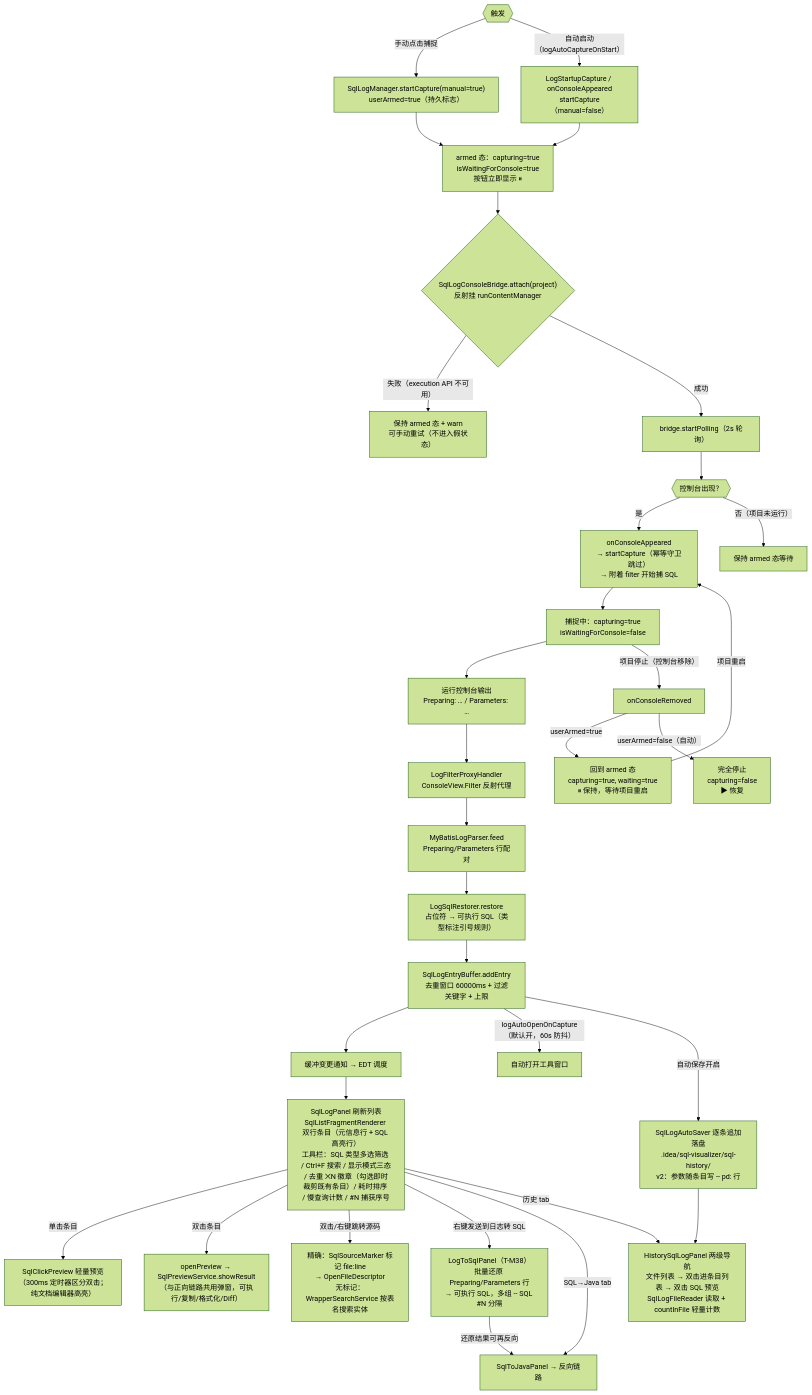
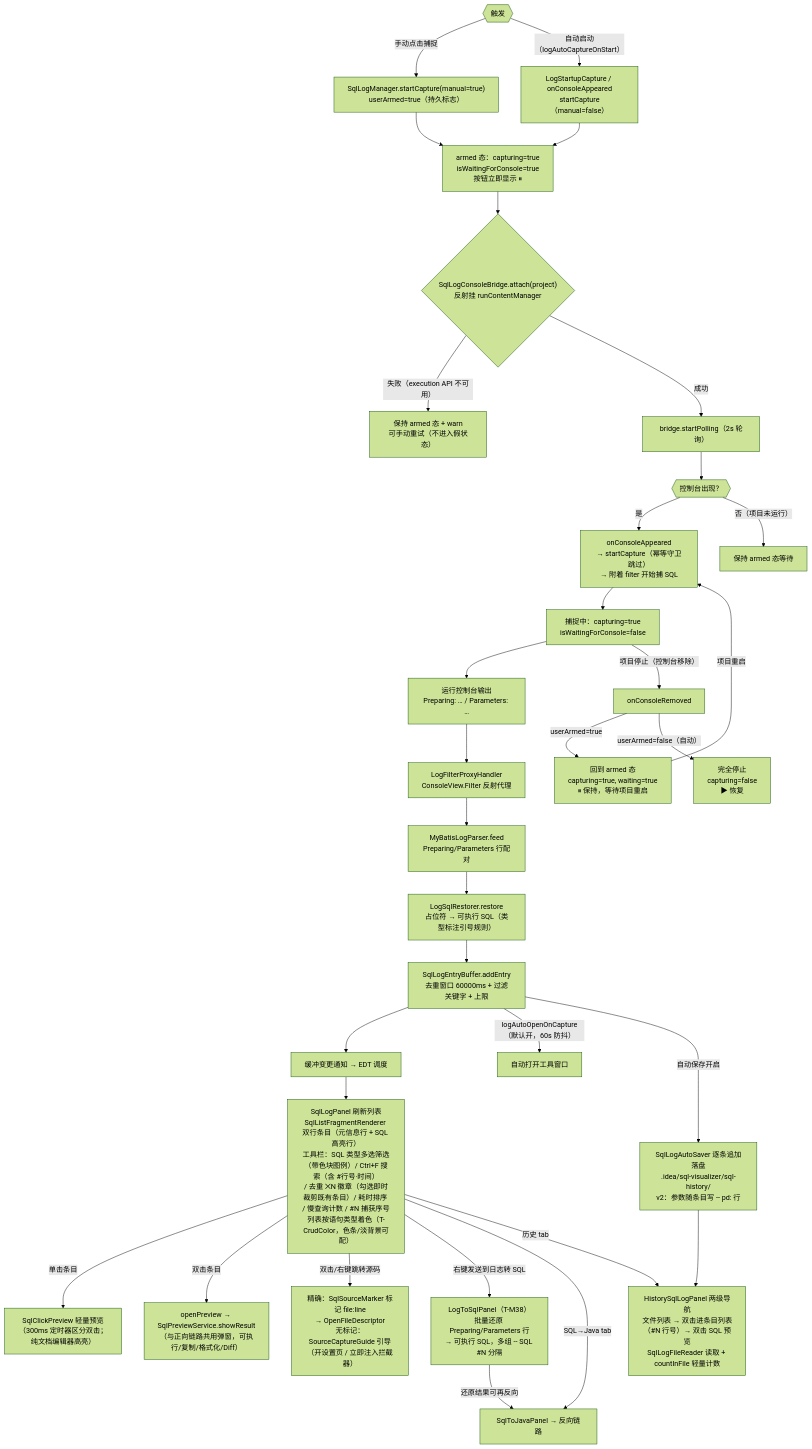
One commit to JayF211/mybatis-plus-sql-visualizer changed the tenth of 14 diagrams in docs/架构设计/02-核心流程详解.md. Above: the diagram before and after it, drawn with Mermaid (forest theme). The commit also changed other lines of this file and 3 other files, not shown here.

````diff
--- a/docs/架构设计/02-核心流程详解.md
+++ b/docs/架构设计/02-核心流程详解.md
@@ -299,35 +323,35 @@
 ```mermaid
 flowchart TD
     START{{"触发"}} -->|"手动点击捕捉"| MAN["SqlLogManager.startCapture(manual=true)<br/>userArmed=true（持久标志）"]
     START{{"触发"}} -->|"自动启动（logAutoCaptureOnStart）"| AUTO["LogStartupCapture / onConsoleAppeared<br/>startCapture（manual=false）"]
     MAN --> ARM["armed 态：capturing=true<br/>isWaitingForConsole=true<br/>按钮立即显示 ⏸"]
     AUTO --> ARM
     ARM --> ATT{"SqlLogConsoleBridge.attach(project)<br/>反射挂 runContentManager"}
     ATT -->|"失败（execution API 不可用）"| FAIL["保持 armed 态 + warn<br/>可手动重试（不进入假状态）"]
     ATT -->|"成功"| POLL["bridge.startPolling（2s 轮询）"]
     POLL --> CONSOLE{{"控制台出现？"}}
     CONSOLE -->|"是"| APPEAR["onConsoleAppeared<br/>→ startCapture（幂等守卫跳过）<br/>→ 附着 filter 开始捕 SQL"]
     CONSOLE -->|"否（项目未运行）"| WAIT["保持 armed 态等待"]
     APPEAR --> CAP["捕捉中：capturing=true<br/>isWaitingForConsole=false"]
     CAP --> CON["运行控制台输出<br/>Preparing: … / Parameters: …"]
     CON --> FILTER["LogFilterProxyHandler<br/>ConsoleView.Filter 反射代理"]
     FILTER --> PARSE["MyBatisLogParser.feed<br/>Preparing/Parameters 行配对"]
     PARSE --> RESTORE["LogSqlRestorer.restore<br/>占位符 → 可执行 SQL（类型标注引号规则）"]
     RESTORE --> BUF["SqlLogEntryBuffer.addEntry<br/>去重窗口 60000ms + 过滤关键字 + 上限"]
     BUF --> UI["缓冲变更通知 → EDT 调度"]
-    UI --> PANEL["SqlLogPanel 刷新列表<br/>SqlListFragmentRenderer 双行条目（元信息行 + SQL 高亮行）<br/>工具栏：SQL 类型多选筛选 / Ctrl+F 搜索 / 显示模式三态<br/>/ 去重 ⨉N 徽章（勾选即时裁剪既有条目）/ 耗时排序 / 慢查询计数 / #N 捕获序号"]
+    UI --> PANEL["SqlLogPanel 刷新列表<br/>SqlListFragmentRenderer 双行条目（元信息行 + SQL 高亮行）<br/>工具栏：SQL 类型多选筛选（带色块图例）/ Ctrl+F 搜索（含 #行号·时间）<br/>/ 去重 ⨉N 徽章（勾选即时裁剪既有条目）/ 耗时排序 / 慢查询计数 / #N 捕获序号<br/>列表按语句类型着色（T-CrudColor，色条/淡背景可配）"]
     BUF -->|"logAutoOpenOnCapture（默认开，60s 防抖）"| OPEN["自动打开工具窗口"]
     BUF -->|"自动保存开启"| DISK["SqlLogAutoSaver 逐条追加落盘<br/>.idea/sql-visualizer/sql-history/<br/>v2：参数随条目写 -- pd: 行"]
     PANEL -->|"单击条目"| CLICK["SqlClickPreview 轻量预览<br/>（300ms 定时器区分双击；纯文档编辑器高亮）"]
     PANEL -->|"双击条目"| PREV["openPreview → SqlPreviewService.showResult<br/>（与正向链路共用弹窗，可执行/复制/格式化/Diff）"]
-    PANEL -->|"双击/右键跳转源码"| JUMP["精确：SqlSourceMarker 标记 file:line<br/>→ OpenFileDescriptor<br/>无标记：WrapperSearchService 按表名搜索实体"]
+    PANEL -->|"双击/右键跳转源码"| JUMP["精确：SqlSourceMarker 标记 file:line<br/>→ OpenFileDescriptor<br/>无标记：SourceCaptureGuide 引导<br/>（开设置页 / 立即注入拦截器）"]
     PANEL -->|"右键发送到日志转 SQL"| LTS["LogToSqlPanel（T-M38）<br/>批量还原 Preparing/Parameters 行<br/>→ 可执行 SQL，多组 -- SQL #N 分隔"]
     PANEL -->|"SQL→Java tab"| REV["SqlToJavaPanel → 反向链路"]
-    PANEL -->|"历史 tab"| HIST["HistorySqlLogPanel 两级导航<br/>文件列表 → 双击进条目列表 → 双击 SQL 预览<br/>SqlLogFileReader 读取 + countInFile 轻量计数"]
+    PANEL -->|"历史 tab"| HIST["HistorySqlLogPanel 两级导航<br/>文件列表 → 双击进条目列表（#N 行号）→ 双击 SQL 预览<br/>SqlLogFileReader 读取 + countInFile 轻量计数"]
     DISK --> HIST
     LTS -->|"还原结果可再反向"| REV
     CAP -->|"项目停止（控制台移除）"| REMOVED["onConsoleRemoved"]
     REMOVED -->|"userArmed=true"| BACK_TO_ARMED["回到 armed 态<br/>capturing=true, waiting=true<br/>⏸ 保持，等待项目重启"]
     REMOVED -->|"userArmed=false（自动）"| STOP["完全停止<br/>capturing=false<br/>▶ 恢复"]
     BACK_TO_ARMED -->|"项目重启"| APPEAR
 ```
````
